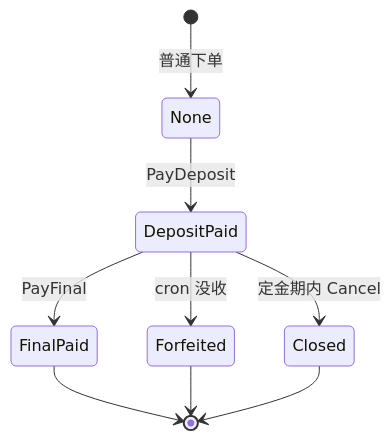
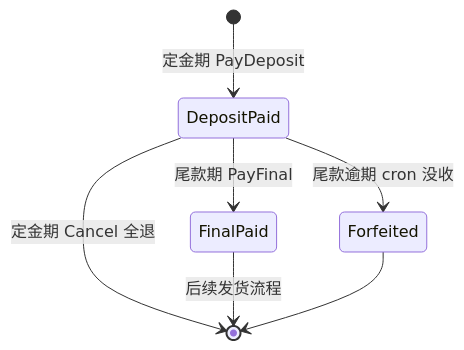
The first of 2 diagrams in docs/lecture/15-preorder.md (RedInn7/gomall), drawn with Mermaid before and after one commit. The commit also changed other lines of this file and 2 other files, not shown here.

````diff
--- a/docs/lecture/15-preorder.md
+++ b/docs/lecture/15-preorder.md
@@ -108,11 +60,9 @@
 ```mermaid
 stateDiagram-v2
-    [*] --> None: 普通下单
-    None --> DepositPaid: PayDeposit
-    DepositPaid --> FinalPaid: PayFinal
-    DepositPaid --> Forfeited: cron 没收
-    DepositPaid --> Closed: 定金期内 Cancel
-    FinalPaid --> [*]
+    [*] --> DepositPaid: 定金期 PayDeposit
+    DepositPaid --> FinalPaid: 尾款期 PayFinal
+    DepositPaid --> [*]: 定金期 Cancel 全退
+    DepositPaid --> Forfeited: 尾款逾期 cron 没收
+    FinalPaid --> [*]: 后续发货流程
     Forfeited --> [*]
-    Closed --> [*]
 ```
````
